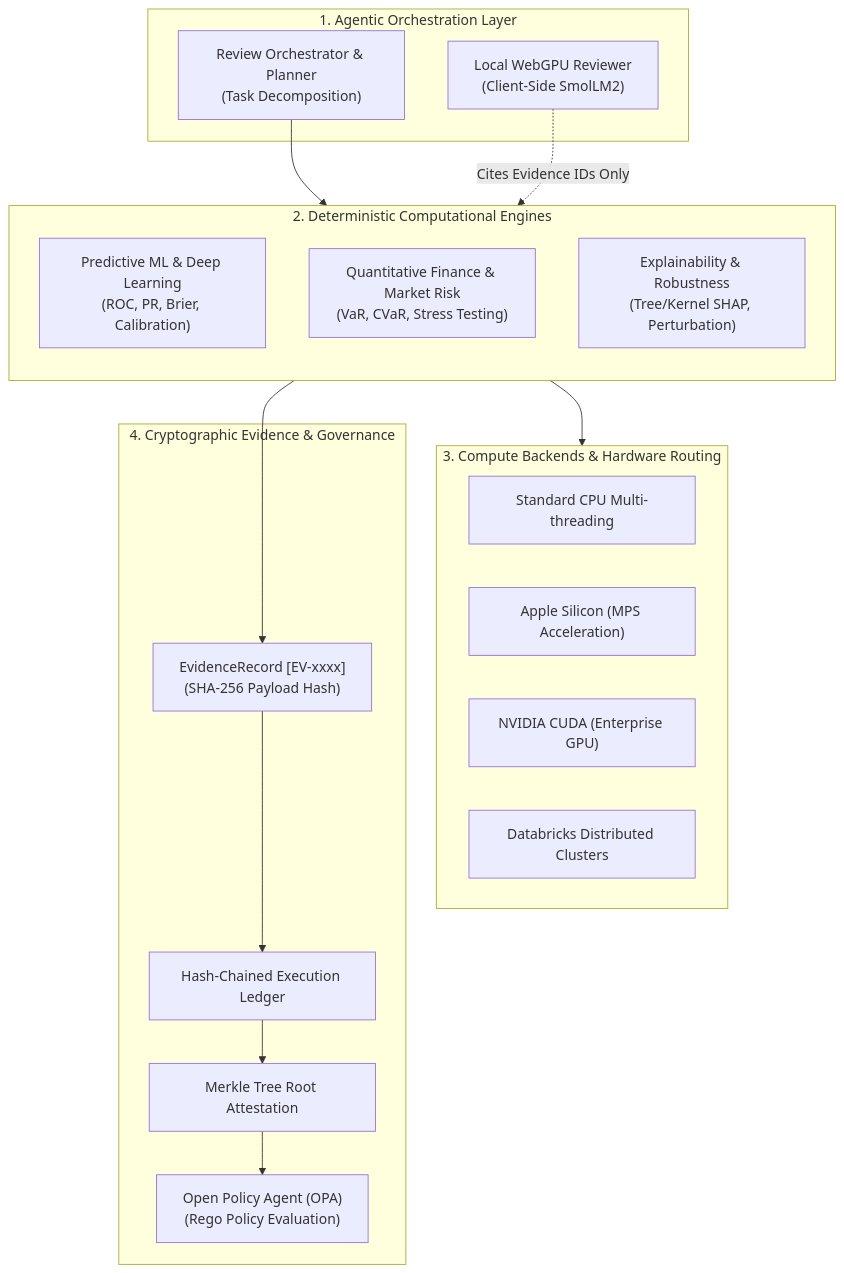
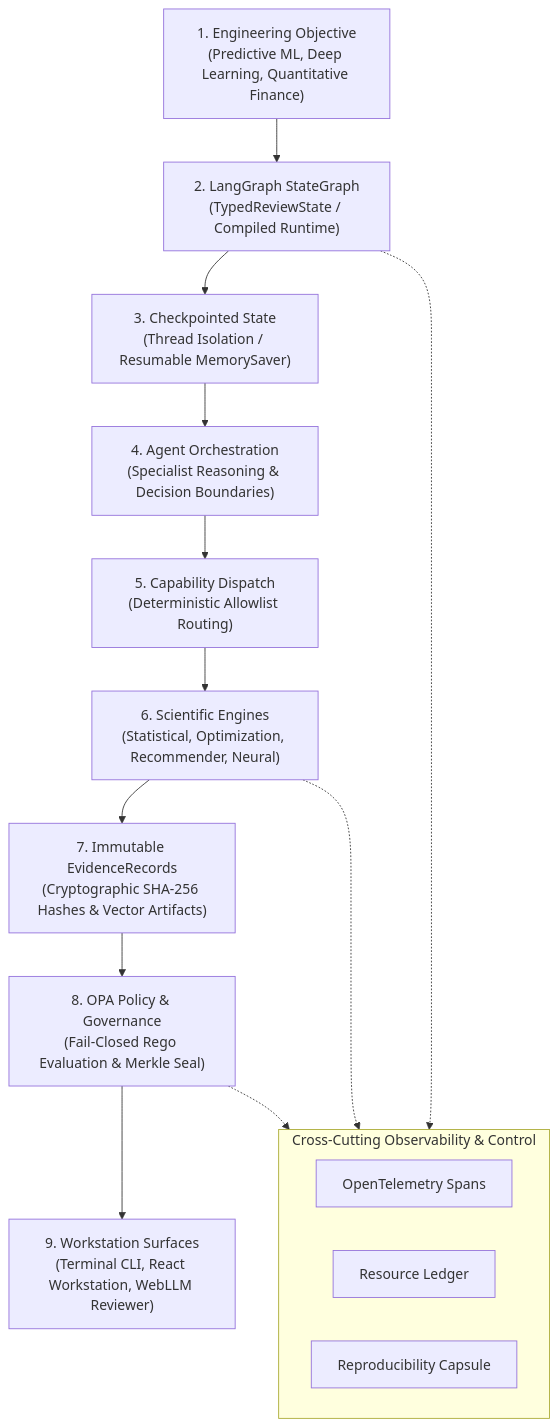
One commit to supratik-sarkar/StART changed the first of 6 diagrams in README.md. Above: the diagram before and after it, drawn with Mermaid. The commit also changed other lines of this file and 194 other files, not shown here.

````diff
--- a/README.md
+++ b/README.md
@@ -43,33 +11,20 @@
 ```mermaid
 flowchart TD
-    subgraph Orchestration["1. Agentic Orchestration Layer"]
-        PLANNER["Review Orchestrator & Planner\n(Task Decomposition)"]
-        CLIENT_AI["Local WebGPU Reviewer\n(Client-Side SmolLM2)"]
+    Obj["1. Engineering Objective\n(Predictive ML, Deep Learning, Quantitative Finance)"] --> LG["2. LangGraph StateGraph\n(TypedReviewState / Compiled Runtime)"]
+    LG --> State["3. Checkpointed State\n(Thread Isolation / Resumable MemorySaver)"]
+    State --> Orch["4. Agent Orchestration\n(Specialist Reasoning & Decision Boundaries)"]
+    Orch --> Dispatch["5. Capability Dispatch\n(Deterministic Allowlist Routing)"]
+    Dispatch --> Engines["6. Scientific Engines\n(Statistical, Optimization, Recommender, Neural)"]
+    Engines --> EvRec["7. Immutable EvidenceRecords\n(Cryptographic SHA-256 Hashes & Vector Artifacts)"]
+    EvRec --> Gov["8. OPA Policy & Governance\n(Fail-Closed Rego Evaluation & Merkle Seal)"]
+    Gov --> Surfaces["9. Workstation Surfaces\n(Terminal CLI, React Workstation, WebLLM Reviewer)"]
+
+    subgraph Observability ["Cross-Cutting Observability & Control"]
+        OTel["OpenTelemetry Spans"]
+        Ledger["Resource Ledger"]
+        Capsule["Reproducibility Capsule"]
     end
-
-    subgraph Compute["2. Deterministic Computational Engines"]
-        direction TB
-        ML["Predictive ML & Deep Learning\n(ROC, PR, Brier, Calibration)"]
-        QUANT["Quantitative Finance & Market Risk\n(VaR, CVaR, Stress Testing)"]
-        INTERP["Explainability & Robustness\n(Tree/Kernel SHAP, Perturbation)"]
-    end
-
-    subgraph Hardware["3. Compute Backends & Hardware Routing"]
-        CPU["Standard CPU Multi-threading"]
-        MPS["Apple Silicon (MPS Acceleration)"]
-        CUDA["NVIDIA CUDA (Enterprise GPU)"]
-        DBX["Databricks Distributed Clusters"]
-    end
-
-    subgraph Evidence["4. Cryptographic Evidence & Governance"]
-        REC["EvidenceRecord [EV-xxxx]\n(SHA-256 Payload Hash)"]
-        LEDGER["Hash-Chained Execution Ledger"]
-        MERKLE["Merkle Tree Root Attestation"]
-        OPA["Open Policy Agent (OPA)\n(Rego Policy Evaluation)"]
-    end
-
-    PLANNER --> Compute
-    CLIENT_AI -.->|Cites Evidence IDs Only| Compute
-    Compute --> Hardware
-    Compute --> REC --> LEDGER --> MERKLE --> OPA
+    LG -.-> Observability
+    Engines -.-> Observability
+    Gov -.-> Observability
 ```
````
